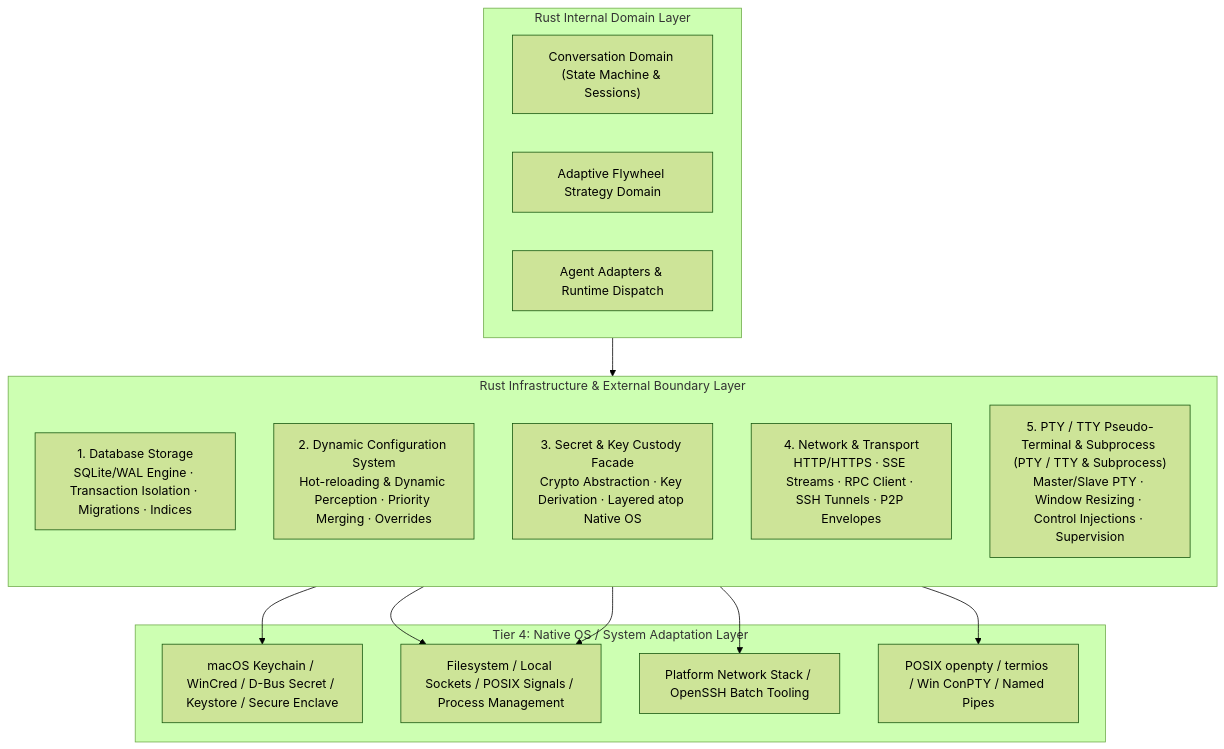
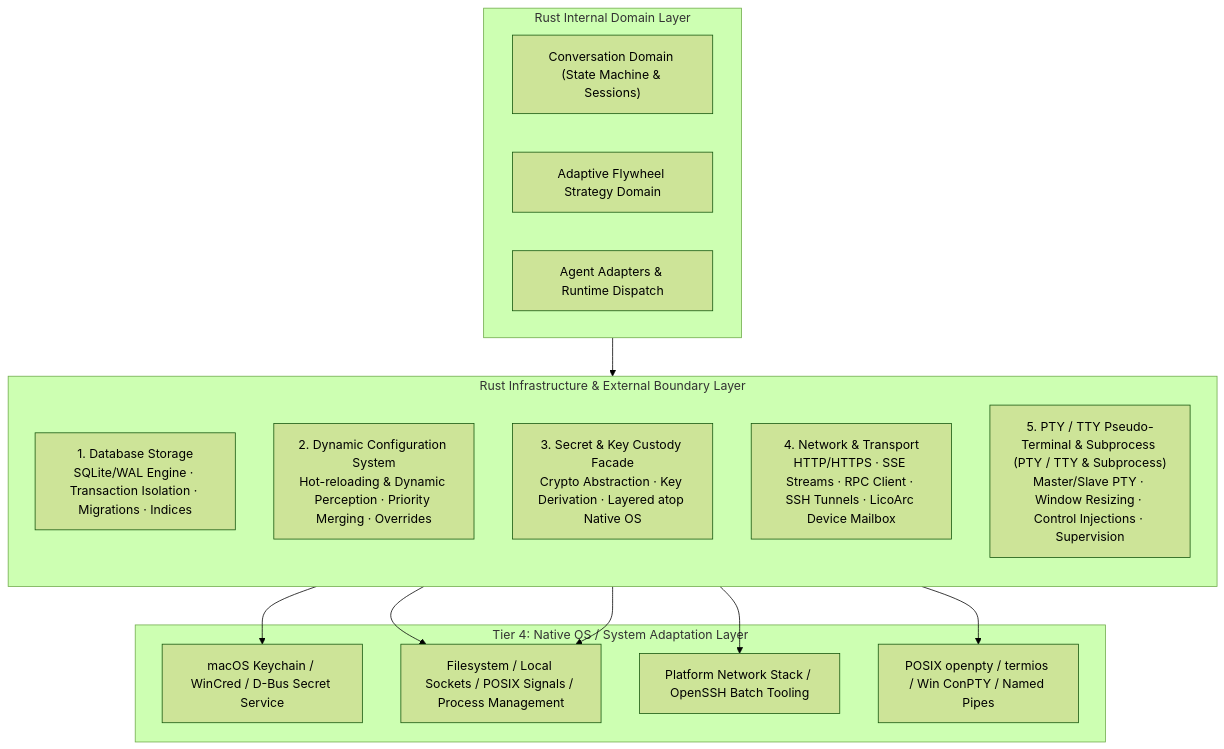
The diagram in docs/architecture/RUST-INFRASTRUCTURE-LAYER.md (LicoLand/LicoUp-CLI), drawn with Mermaid (forest theme) before and after one commit. The commit also changed other lines of this file and 2360 other files, not shown here.

````diff
--- a/docs/architecture/RUST-INFRASTRUCTURE-LAYER.md
+++ b/docs/architecture/RUST-INFRASTRUCTURE-LAYER.md
@@ -21,31 +21,31 @@
 ```mermaid
 flowchart TB
     subgraph DOMAIN["Rust Internal Domain Layer"]
         CONV["Conversation Domain (State Machine & Sessions)"]
         FLYWHEEL["Adaptive Flywheel Strategy Domain"]
         AGENTS["Agent Adapters & Runtime Dispatch"]
     end
 
     subgraph INFRA["Rust Infrastructure & External Boundary Layer"]
         direction TB
         DB["1. Database Storage<br/>SQLite/WAL Engine · Transaction Isolation · Migrations · Indices"]
         CONFIG["2. Dynamic Configuration System<br/>Hot-reloading & Dynamic Perception · Priority Merging · Overrides"]
         SECRETS["3. Secret & Key Custody Facade<br/>Crypto Abstraction · Key Derivation · Layered atop Native OS"]
-        NETWORK["4. Network & Transport<br/>HTTP/HTTPS · SSE Streams · RPC Client · SSH Tunnels · P2P Envelopes"]
+        NETWORK["4. Network & Transport<br/>HTTP/HTTPS · SSE Streams · RPC Client · SSH Tunnels · LicoArc Device Mailbox"]
         PTY["5. PTY / TTY Pseudo-Terminal & Subprocess (PTY / TTY & Subprocess)<br/>Master/Slave PTY · Window Resizing · Control Injections · Supervision"]
     end
 
     subgraph NATIVE["Tier 4: Native OS / System Adaptation Layer"]
-        OS_KEYCHAIN["macOS Keychain / WinCred / D-Bus Secret / Keystore / Secure Enclave"]
+        OS_KEYCHAIN["macOS Keychain / WinCred / D-Bus Secret Service"]
         OS_SYSTEM["Filesystem / Local Sockets / POSIX Signals / Process Management"]
         OS_NETWORK["Platform Network Stack / OpenSSH Batch Tooling"]
         OS_PTY["POSIX openpty / termios / Win ConPTY / Named Pipes"]
     end
 
     DOMAIN --> INFRA
     SECRETS --> OS_KEYCHAIN
     DB --> OS_SYSTEM
     CONFIG --> OS_SYSTEM
     NETWORK --> OS_NETWORK
     PTY --> OS_PTY
 ```
````
